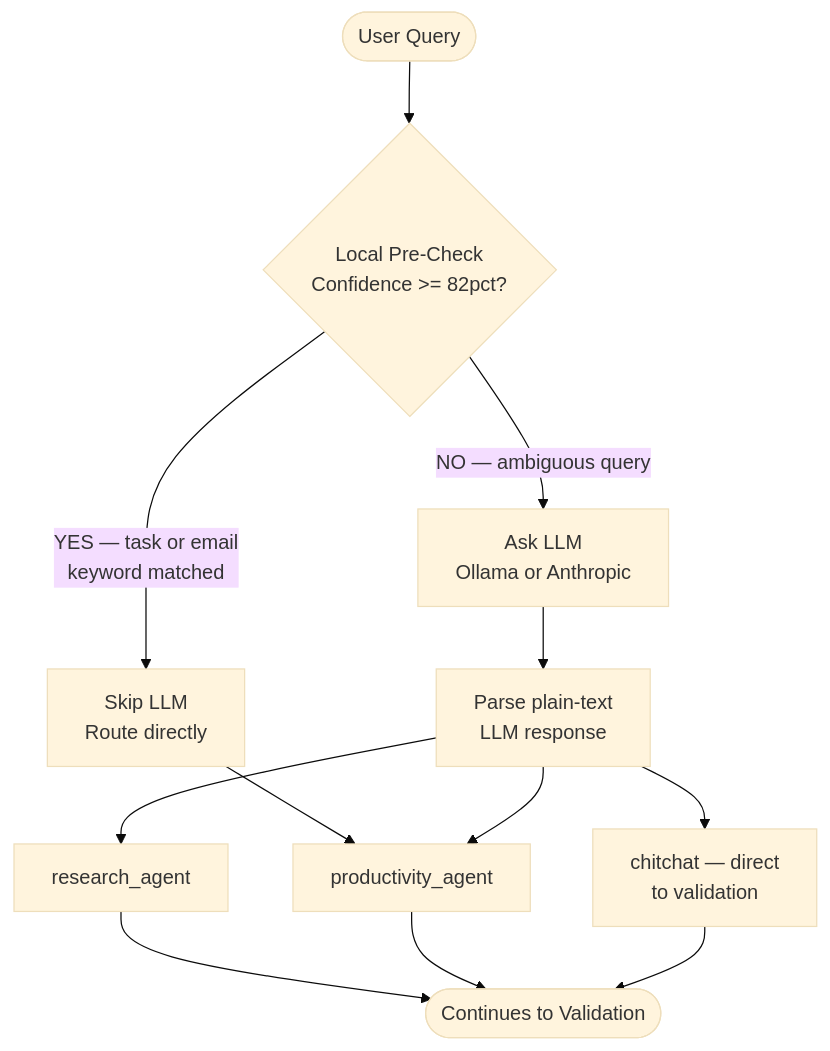
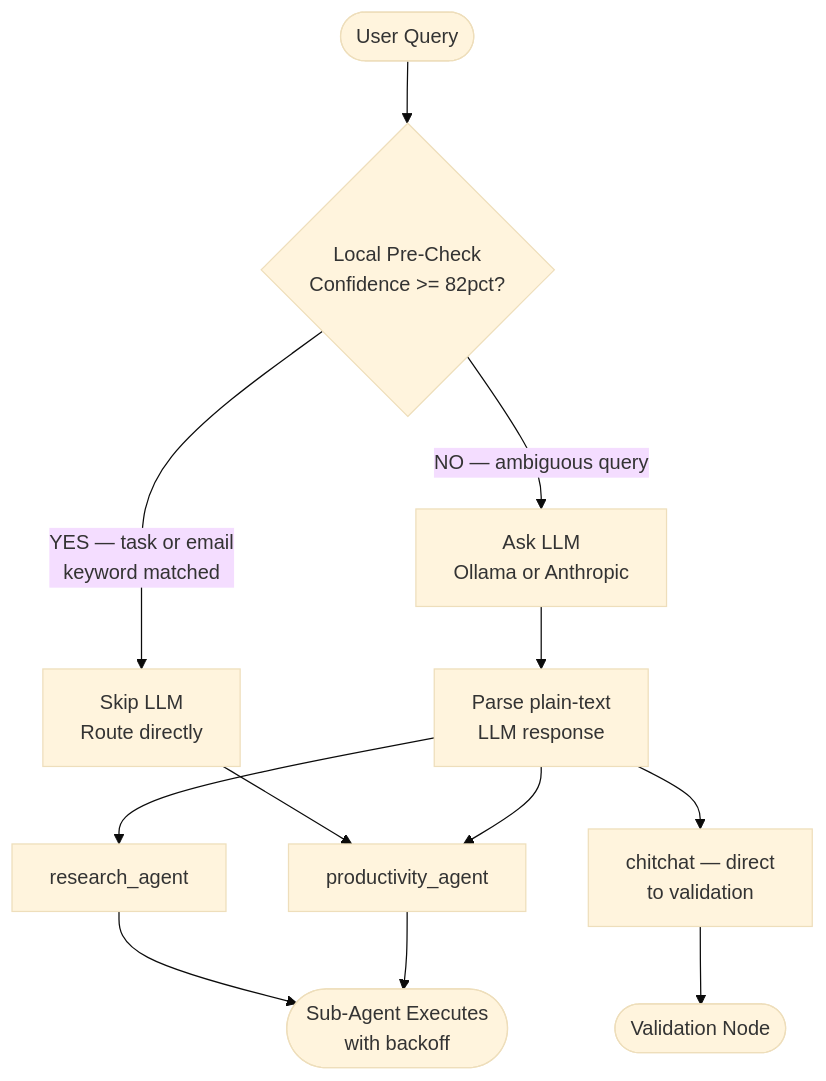
The third of 9 diagrams in workmate/ARCHITECTURE.md (satwinder-kaur11/ai_assistant_workspace), drawn with Mermaid (base theme) before and after one commit. The commit also changed other lines of this file and 1 other file, not shown here.

First line of the commit message:
docs: rebuild architecture to v3 with retry loop and 10 diagrams

````diff
--- a/workmate/ARCHITECTURE.md
+++ b/workmate/ARCHITECTURE.md
@@ -105,18 +102,18 @@
 ```mermaid
 flowchart TD
     Q([User Query]) --> PRE{Local Pre-Check\nConfidence >= 82pct?}
 
     PRE -->|YES — task or email\nkeyword matched| SKIP[Skip LLM\nRoute directly]
     PRE -->|NO — ambiguous query| LLM[Ask LLM\nOllama or Anthropic]
 
     SKIP --> PA[productivity_agent]
     LLM --> PARSE[Parse plain-text\nLLM response]
 
     PARSE --> RA[research_agent]
     PARSE --> PA
     PARSE --> CA[chitchat — direct\nto validation]
 
-    RA --> OUT([Continues to Validation])
+    RA --> OUT([Sub-Agent Executes\nwith backoff])
     PA --> OUT
-    CA --> OUT
+    CA --> OUT2([Validation Node])
 ```
````
